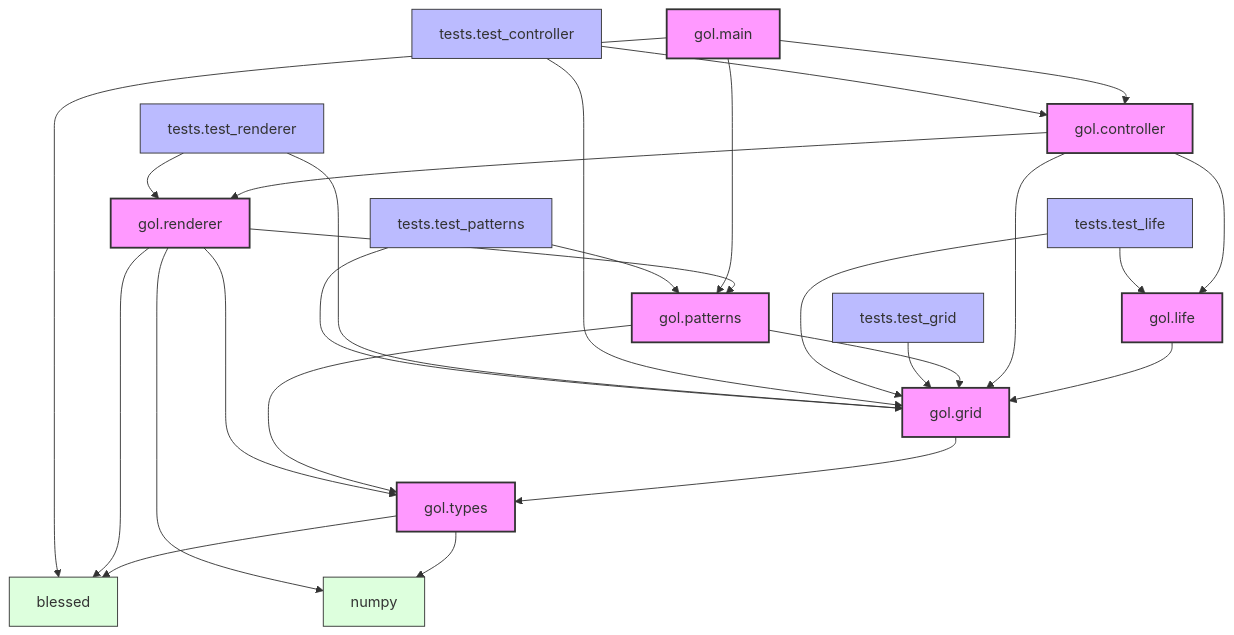
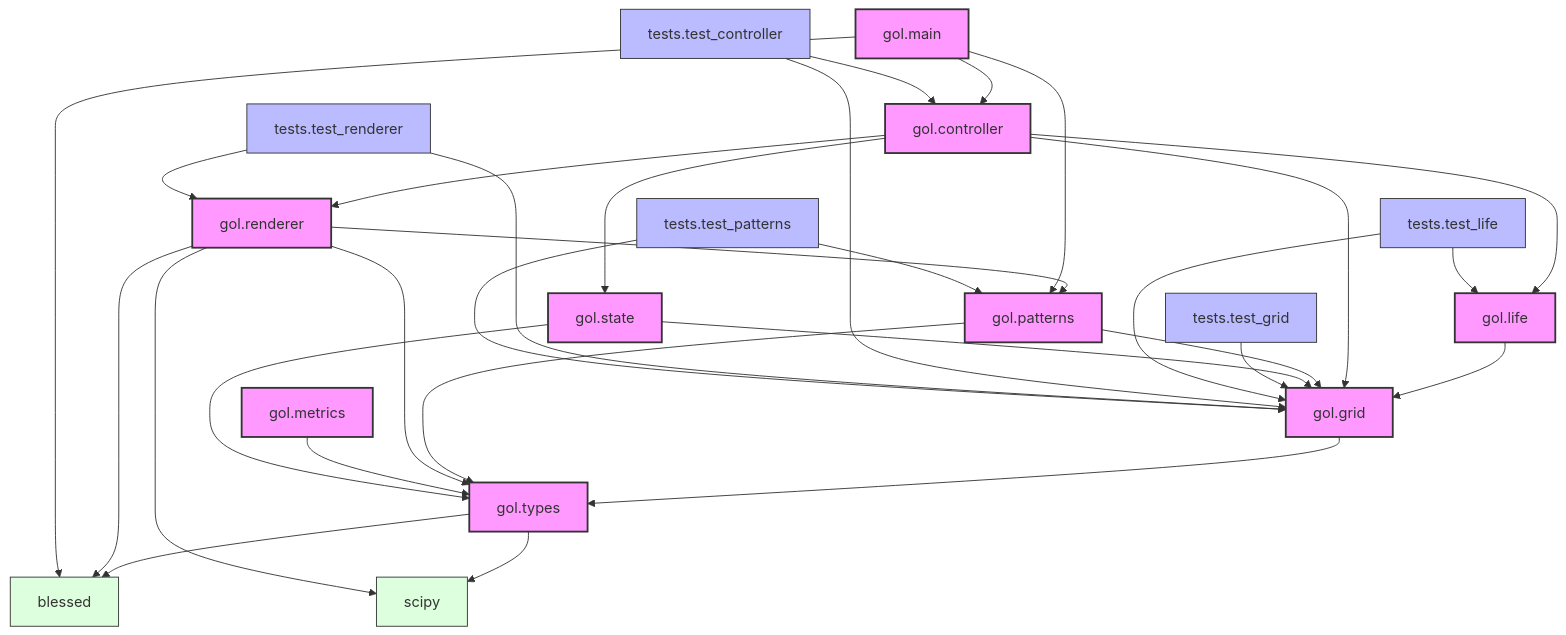
One commit to dewe/py-gol changed the diagram in docs/dependencies.md. Above: the diagram before and after it, drawn with Mermaid. The commit also changed other lines of this file and 4 other files, not shown here.

First line of the commit message:
docs(core): update documentation to reflect current architecture

````diff
--- a/docs/dependencies.md
+++ b/docs/dependencies.md
@@ -9,56 +9,62 @@
 ```mermaid
 graph TD
     %% Core modules
     grid[gol.grid]
     life[gol.life]
     controller[gol.controller]
     main[gol.main]
     renderer[gol.renderer]
     patterns[gol.patterns]
     types[gol.types]
+    state[gol.state]
+    metrics[gol.metrics]
 
     %% Test modules
     test_grid[tests.test_grid]
     test_life[tests.test_life]
     test_controller[tests.test_controller]
     test_renderer[tests.test_renderer]
     test_patterns[tests.test_patterns]
 
     %% Core dependencies
     types --> blessed[blessed]
-    types --> numpy[numpy]
+    types --> scipy[scipy]
     grid --> types
     life --> grid
     controller --> grid
     controller --> life
     controller --> renderer
+    controller --> state
     patterns --> grid
     patterns --> types
     renderer --> types
     renderer --> patterns
     renderer --> blessed
-    renderer --> numpy
+    renderer --> scipy
     main --> controller
     main --> patterns
     main --> blessed
+    metrics --> types
+    state --> types
+    state --> grid
 
     %% Test dependencies
     test_grid --> grid
     test_life --> grid
     test_life --> life
     test_controller --> grid
     test_controller --> controller
     test_renderer --> grid
     test_renderer --> renderer
     test_patterns --> grid
     test_patterns --> patterns
 
     %% Styling
     classDef core fill:#f9f,stroke:#333,stroke-width:2px;
     classDef test fill:#bbf,stroke:#333,stroke-width:1px;
     classDef external fill:#dfd,stroke:#333,stroke-width:1px;
     
-    class grid,life,controller,main,renderer,patterns,types core;
+    class grid,life,controller,main,renderer,patterns,types,state,metrics core;
     class test_grid,test_life,test_controller,test_renderer,test_patterns test;
-    class numpy,blessed external;
+    class scipy,blessed external;
 ```
````
